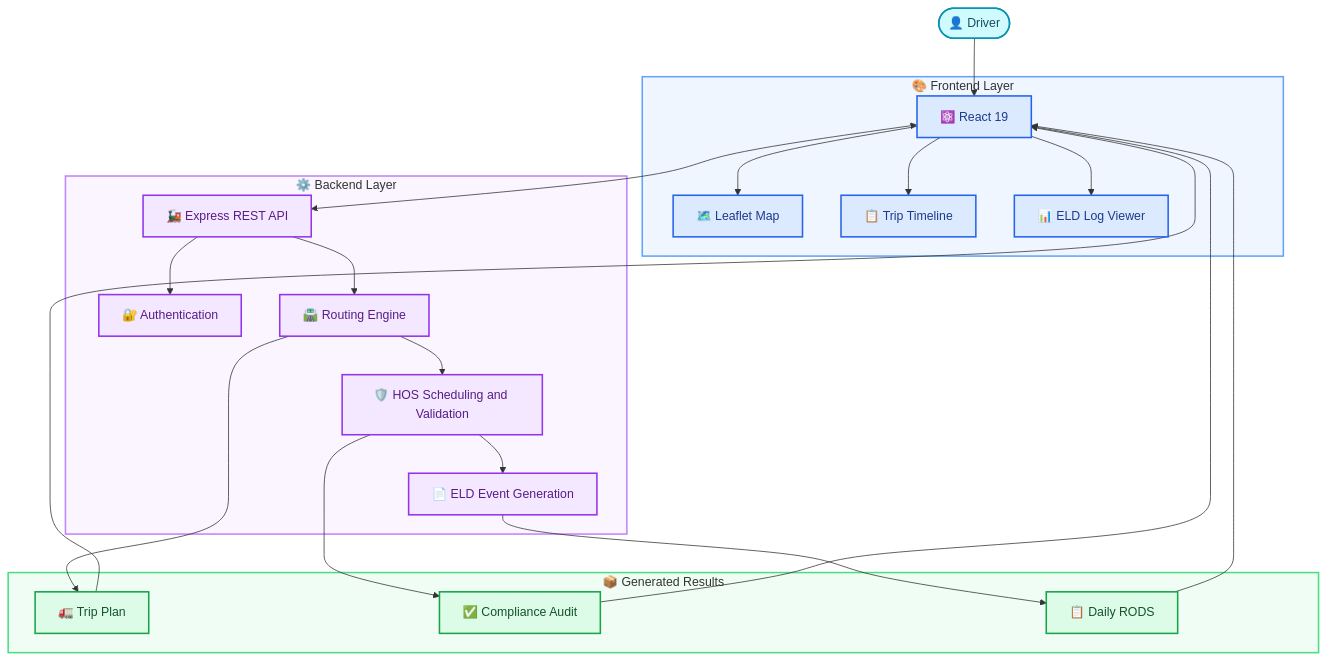
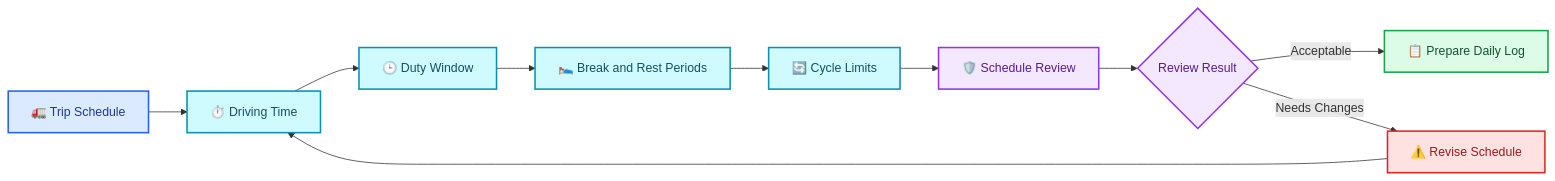
The third of 4 diagrams in README.md (dhanushgopi2456/hos-route-planner), drawn with Mermaid before and after one commit. The commit also changed other lines of this file, not shown here.

First line of the commit message:
Revise README for clarity and updated information

````diff
--- a/README.md
+++ b/README.md
@@ -40,58 +254,25 @@
 ```mermaid
-flowchart TB
-    DRIVER(["👤 Driver"])
+flowchart LR
+    A["🚛 Trip Schedule"] --> B["⏱️ Driving Time"]
+    B --> C["🕒 Duty Window"]
+    C --> D["🛌 Break and Rest Periods"]
+    D --> E["🔄 Cycle Limits"]
+    E --> F["🛡️ Schedule Review"]
 
-    subgraph FRONTEND["🎨 Frontend Layer"]
-        UI["⚛️ React 19"]
-        MAP["🗺️ Leaflet Map"]
-        TIMELINE["📋 Trip Timeline"]
-        ELD["📊 ELD Log Viewer"]
-    end
+    F --> G{"Review Result"}
+    G -->|Acceptable| H["📋 Prepare Daily Log"]
+    G -->|Needs Changes| I["⚠️ Revise Schedule"]
+    I --> B
 
-    subgraph BACKEND["⚙️ Backend Layer"]
-        API["🚂 Express REST API"]
-        AUTH["🔐 Authentication"]
-        ROUTE["🛣️ Routing Engine"]
-        HOS["🛡️ HOS Scheduling and Validation"]
-        LOGS["📄 ELD Event Generation"]
-    end
+    classDef trip fill:#DBEAFE,stroke:#2563EB,color:#1E3A8A,stroke-width:2px
+    classDef time fill:#CFFAFE,stroke:#0891B2,color:#164E63,stroke-width:2px
+    classDef review fill:#F3E8FF,stroke:#9333EA,color:#581C87,stroke-width:2px
+    classDef ok fill:#DCFCE7,stroke:#16A34A,color:#14532D,stroke-width:2px
+    classDef change fill:#FEE2E2,stroke:#DC2626,color:#991B1B,stroke-width:2px
 
-    subgraph OUTPUT["📦 Generated Results"]
-        TRIP["🚛 Trip Plan"]
-        AUDIT["✅ Compliance Audit"]
-        DAILY["📋 Daily RODS"]
-    end
-
-    DRIVER --> UI
-    UI --> MAP
-    UI --> TIMELINE
-    UI --> ELD
-
-    UI <--> API
-    API --> AUTH
-    API --> ROUTE
-    ROUTE --> HOS
-    HOS --> LOGS
-
-    ROUTE --> TRIP
-    HOS --> AUDIT
-    LOGS --> DAILY
-
-    TRIP --> UI
-    AUDIT --> UI
-    DAILY --> UI
-
-    classDef frontend fill:#DBEAFE,stroke:#2563EB,color:#1E3A8A,stroke-width:2px
-    classDef backend fill:#F3E8FF,stroke:#9333EA,color:#581C87,stroke-width:2px
-    classDef output fill:#DCFCE7,stroke:#16A34A,color:#14532D,stroke-width:2px
-    classDef actor fill:#CFFAFE,stroke:#0891B2,color:#164E63,stroke-width:2px
-
-    class UI,MAP,TIMELINE,ELD frontend
-    class API,AUTH,ROUTE,HOS,LOGS backend
-    class TRIP,AUDIT,DAILY output
-    class DRIVER actor
-
-    style FRONTEND fill:#EFF6FF,stroke:#60A5FA,stroke-width:2px
-    style BACKEND fill:#FAF5FF,stroke:#C084FC,stroke-width:2px
-    style OUTPUT fill:#F0FDF4,stroke:#4ADE80,stroke-width:2px
+    class A trip
+    class B,C,D,E time
+    class F,G review
+    class H ok
+    class I change
 ```
````
